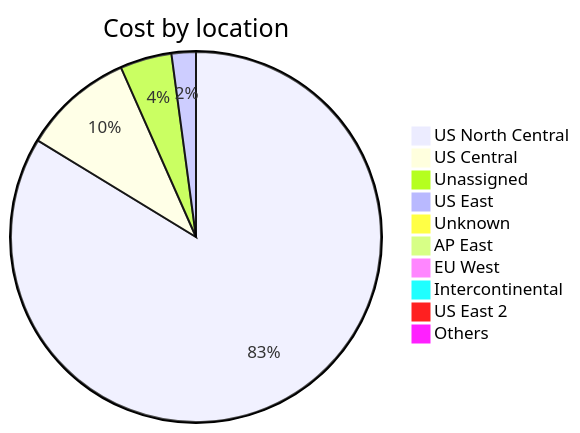
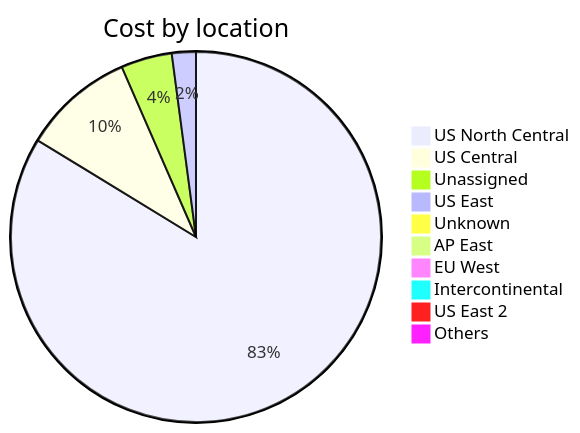
One commit to jpfulton/azure-personal-reports changed the third of 4 diagrams in cost-reports/accumulated-cost.md. Above: the diagram before and after it, drawn with Mermaid. The commit also changed other lines of this file and 4 other files, not shown here.

````diff
--- a/cost-reports/accumulated-cost.md
+++ b/cost-reports/accumulated-cost.md
@@ -132,14 +132,14 @@
 ```mermaid
 pie
    title Cost by location
-   "US North Central" : 222.23
-   "US Central" : 25.61
-   "Unassigned" : 11.97
-   "US East" : 5.64
-   "Unknown" : 1.22
+   "US North Central" : 225.65
+   "US Central" : 26.21
+   "Unassigned" : 12.00
+   "US East" : 5.65
+   "Unknown" : 1.27
    "AP East" : 0.00
    "EU West" : 0.00
    "Intercontinental" : 0.00
    "US East 2" : 0.00
    "Others" : 0.00
 ```
````
